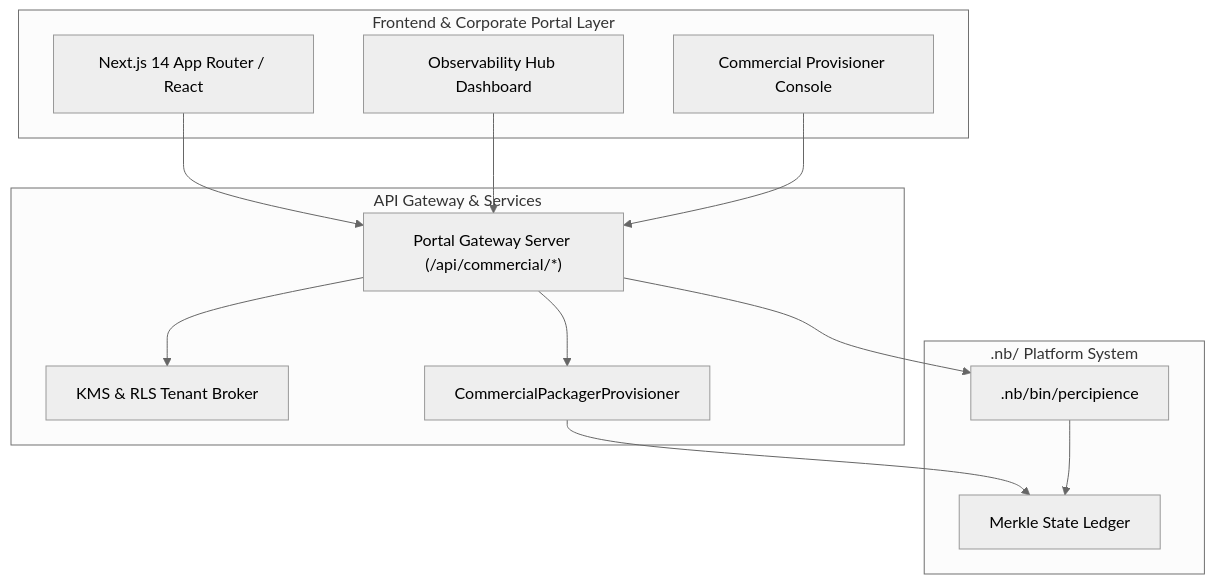
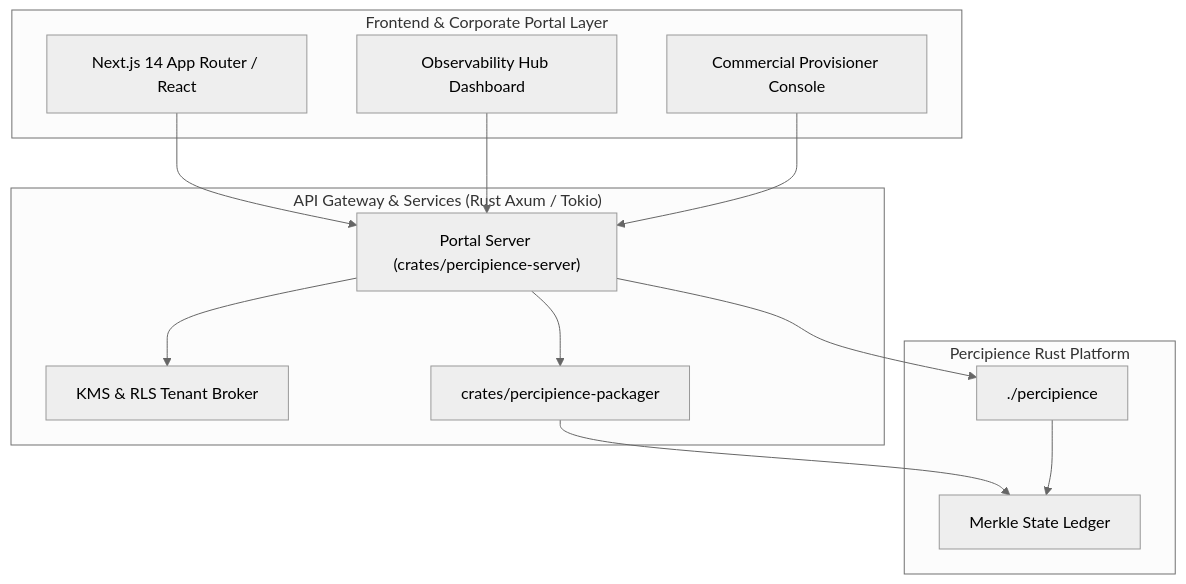
Before and after one commit to lakhwindersingh/nb_fairyfly: the diagram in .nb/plan/l1/saas-portal-domain/concise.md, drawn with Mermaid (neutral theme). The commit also changed other lines of this file and 66 other files, not shown here.

````diff
--- a/.nb/plan/l1/saas-portal-domain/concise.md
+++ b/.nb/plan/l1/saas-portal-domain/concise.md
@@ -27,28 +27,28 @@
 ```mermaid
 graph TD
   subgraph Frontend_Layer["Frontend & Corporate Portal Layer"]
     NextApp["Next.js 14 App Router / React"]
     ObservabilityUI["Observability Hub Dashboard"]
     CommercialUI["Commercial Provisioner Console"]
   end
 
-  subgraph API_Gateway_Layer["API Gateway & Services"]
-    PortalServer["Portal Gateway Server (/api/commercial/*)"]
+  subgraph API_Gateway_Layer["API Gateway & Services (Rust Axum / Tokio)"]
+    PortalServer["Portal Server (crates/percipience-server)"]
     KmsBroker["KMS & RLS Tenant Broker"]
-    PackagerEngine["CommercialPackagerProvisioner"]
+    PackagerEngine["crates/percipience-packager"]
   end
 
-  subgraph Platform_Core_Layer[".nb/ Platform System"]
-    PlatformCli[".nb/bin/percipience"]
+  subgraph Platform_Core_Layer["Percipience Rust Platform"]
+    PlatformCli["./percipience"]
     LedgerEngine["Merkle State Ledger"]
   end
 
   NextApp --> PortalServer
   ObservabilityUI --> PortalServer
   CommercialUI --> PortalServer
   PortalServer --> KmsBroker
   PortalServer --> PackagerEngine
   PortalServer --> PlatformCli
   PackagerEngine --> LedgerEngine
   PlatformCli --> LedgerEngine
 ```
````
